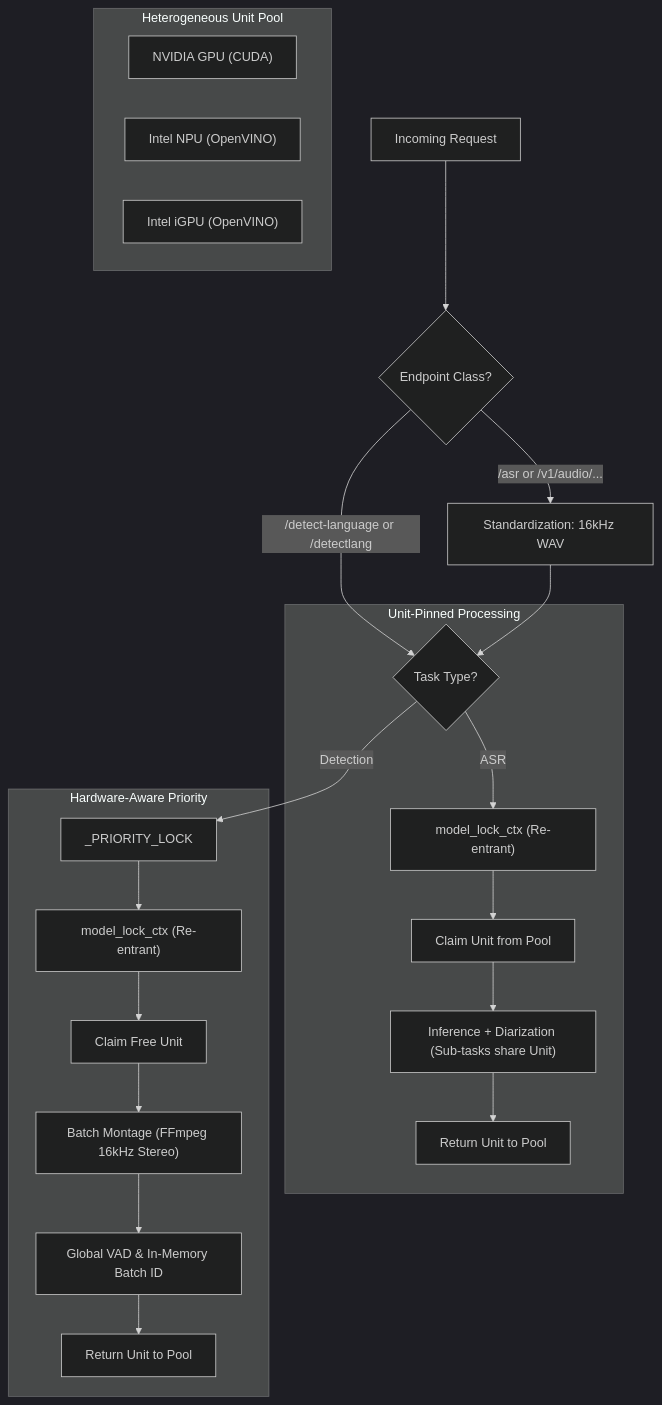
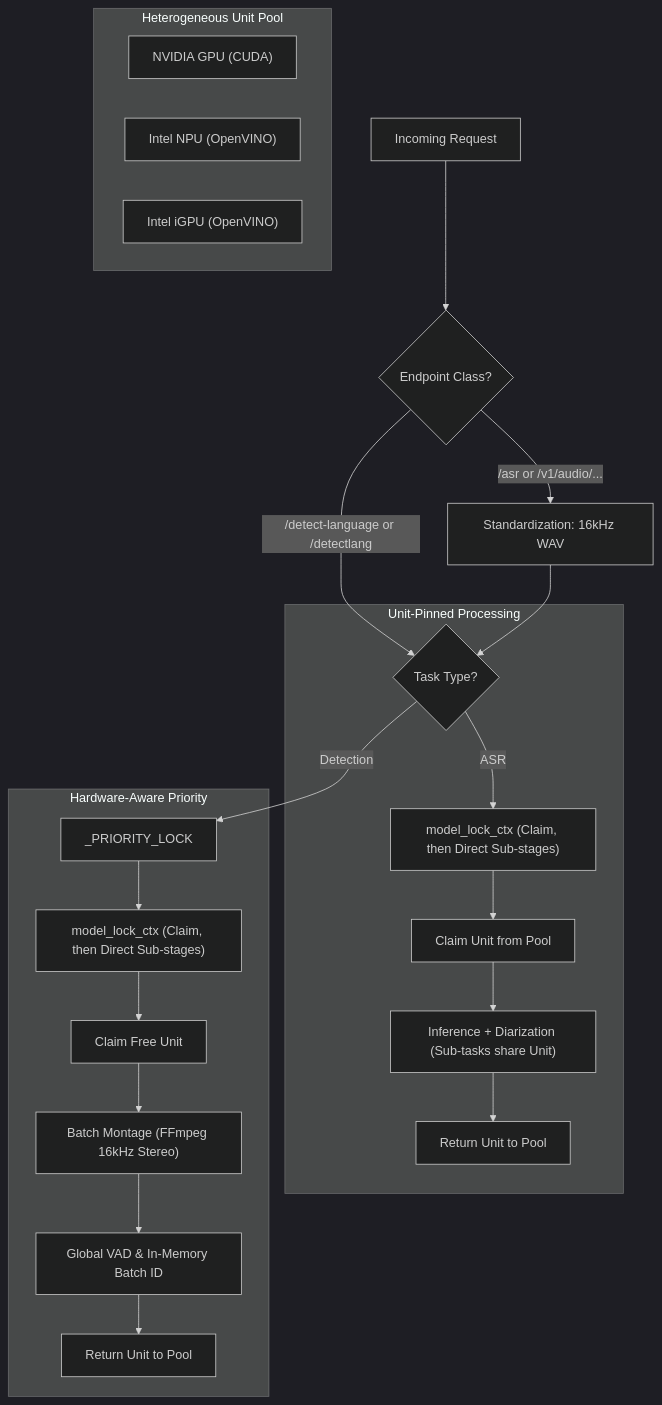
One commit to ventura8/Whisper-Pro-ASR changed the diagram in docs/CONCURRENCY.md. Above: the diagram before and after it, drawn with Mermaid (dark theme). The commit also changed other lines of this file and 44 other files, not shown here.

````diff
--- a/docs/CONCURRENCY.md
+++ b/docs/CONCURRENCY.md
@@ -52,29 +52,29 @@
 ```mermaid
 graph TD
     REQ["Incoming Request"] --> CLS{"Endpoint Class?"}
     CLS -->|"/asr or /v1/audio/..."| STD["Standardization: 16kHz WAV"]
     CLS -->|"/detect-language or /detectlang"| TYPE{"Task Type?"}
     STD --> TYPE
     
     subgraph POOL ["Heterogeneous Unit Pool"]
     SLOT1["NVIDIA GPU (CUDA)"]
     SLOT2["Intel NPU (OpenVINO)"]
     SLOT3["Intel iGPU (OpenVINO)"]
     end
  
     subgraph TRANS_FLOW ["Unit-Pinned Processing"]
-    TYPE -->|ASR| ALOCK["model_lock_ctx (Re-entrant)"]
+    TYPE -->|ASR| ALOCK["model_lock_ctx (Claim, then Direct Sub-stages)"]
     ALOCK --> CLAIM1["Claim Unit from Pool"]
     CLAIM1 --> AEXEC["Inference + Diarization (Sub-tasks share Unit)"]
     AEXEC --> REL1["Return Unit to Pool"]
     end
  
     subgraph PRIO_FLOW ["Hardware-Aware Priority"]
     TYPE -->|Detection| PLOCK["_PRIORITY_LOCK"]
-    PLOCK --> DLOCK["model_lock_ctx (Re-entrant)"]
+    PLOCK --> DLOCK["model_lock_ctx (Claim, then Direct Sub-stages)"]
     DLOCK --> CLAIM2["Claim Free Unit"]
     CLAIM2 --> MONTAGE["Batch Montage (FFmpeg 16kHz Stereo)"]
     MONTAGE --> DEXEC["Global VAD & In-Memory Batch ID"]
     DEXEC --> REL2["Return Unit to Pool"]
     end
 ```
````
